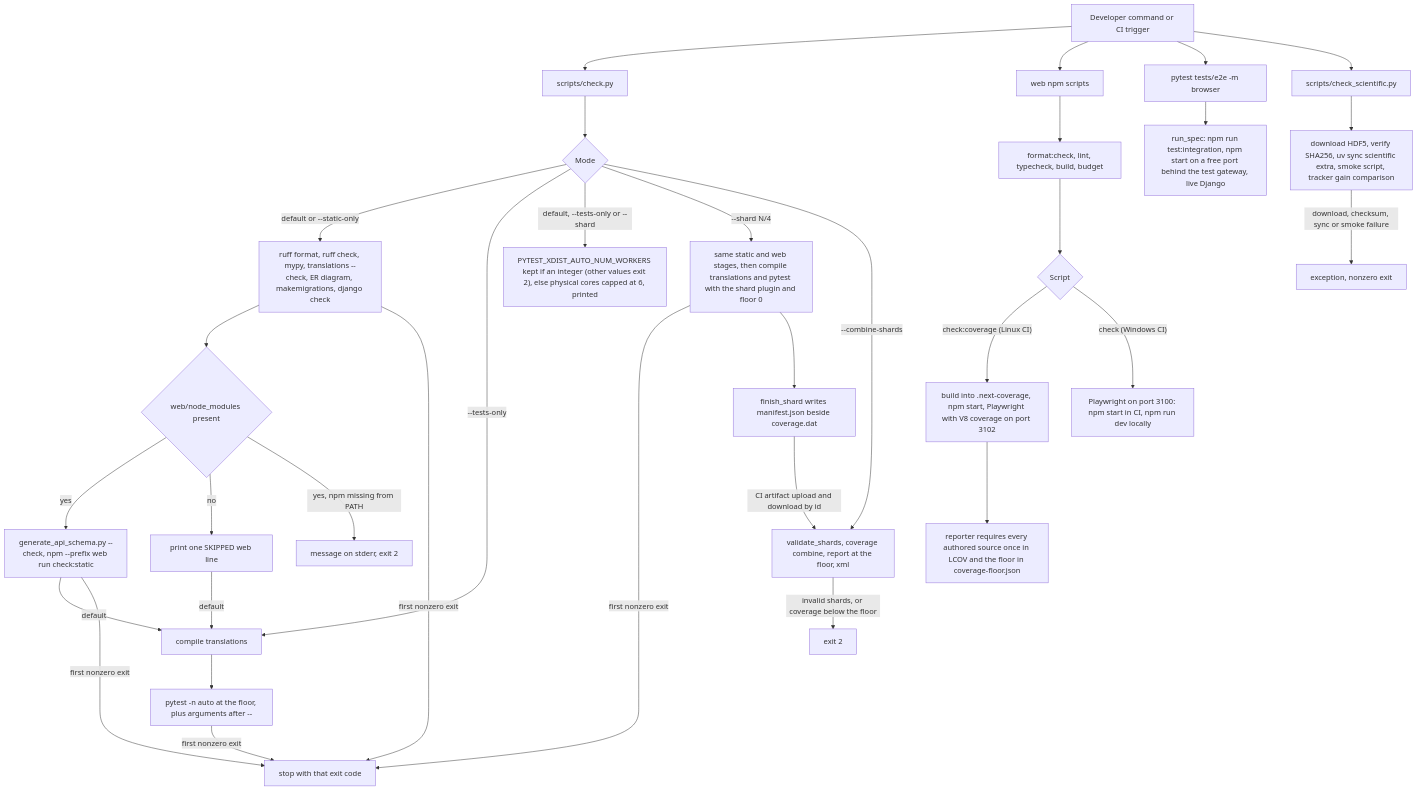
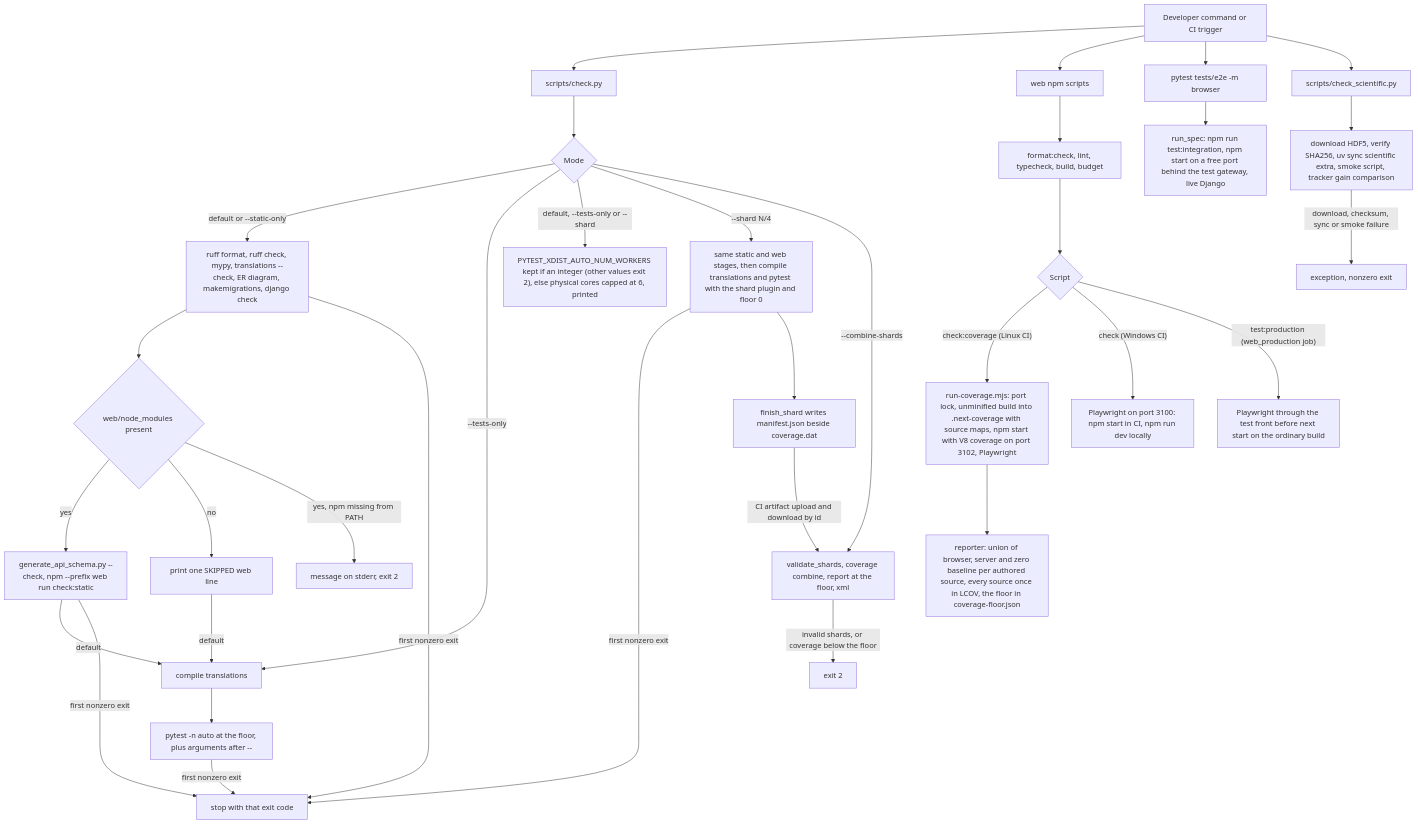
One commit to erkurtharun/pyracast changed the diagram in docs/flows/developer-quality-gate.md. Above: the diagram before and after it, drawn with Mermaid. The commit also changed other lines of this file and 31 other files, not shown here.

First line of the commit message:
Bring the flow pages up to date with the merged behaviour (#172)

````diff
--- a/docs/flows/developer-quality-gate.md
+++ b/docs/flows/developer-quality-gate.md
@@ -16,35 +16,36 @@
 ```mermaid
 flowchart TD
     trig["Developer command or CI trigger"] --> B["scripts/check.py"]
     trig --> W["web npm scripts"]
     trig --> BR["pytest tests/e2e -m browser"]
     trig --> S["scripts/check_scientific.py"]
     B --> M{"Mode"}
     M -->|"default or --static-only"| F["ruff format, ruff check, mypy, translations --check, ER diagram, makemigrations, django check"]
     F --> WS{"web/node_modules present"}
     WS -->|"yes"| WG["generate_api_schema.py --check, npm --prefix web run check:static"]
     WS -->|"no"| SK["print one SKIPPED web line"]
     WS -->|"yes, npm missing from PATH"| X3["message on stderr, exit 2"]
     WG -->|"default"| CT["compile translations"]
     SK -->|"default"| CT
     M -->|"--tests-only"| CT
     CT --> P["pytest -n auto at the floor, plus arguments after --"]
     M -->|"default, --tests-only or --shard"| N["PYTEST_XDIST_AUTO_NUM_WORKERS kept if an integer (other values exit 2), else physical cores capped at 6, printed"]
     M -->|"--shard N/4"| H["same static and web stages, then compile translations and pytest with the shard plugin and floor 0"]
     P -->|"first nonzero exit"| X
     M -->|"--combine-shards"| C["validate_shards, coverage combine, report at the floor, xml"]
     F -->|"first nonzero exit"| X["stop with that exit code"]
     WG -->|"first nonzero exit"| X
     H -->|"first nonzero exit"| X
     H --> K["finish_shard writes manifest.json beside coverage.dat"]
     K -->|"CI artifact upload and download by id"| C
     C -->|"invalid shards, or coverage below the floor"| X2["exit 2"]
     W --> V["format:check, lint, typecheck, build, budget"]
     V --> R{"Script"}
-    R -->|"check:coverage (Linux CI)"| TC["build into .next-coverage, npm start, Playwright with V8 coverage on port 3102"]
+    R -->|"check:coverage (Linux CI)"| TC["run-coverage.mjs: port lock, unminified build into .next-coverage with source maps, npm start with V8 coverage on port 3102, Playwright"]
     R -->|"check (Windows CI)"| TN["Playwright on port 3100: npm start in CI, npm run dev locally"]
-    TC --> LC["reporter requires every authored source once in LCOV and the floor in coverage-floor.json"]
+    TC --> LC["reporter: union of browser, server and zero baseline per authored source, every source once in LCOV, the floor in coverage-floor.json"]
+    R -->|"test:production (web_production job)"| TP["Playwright through the test front before next start on the ordinary build"]
     BR --> I["run_spec: npm run test:integration, npm start on a free port behind the test gateway, live Django"]
     S --> D["download HDF5, verify SHA256, uv sync scientific extra, smoke script, tracker gain comparison"]
     D -->|"download, checksum, sync or smoke failure"| E["exception, nonzero exit"]
 ```
````
